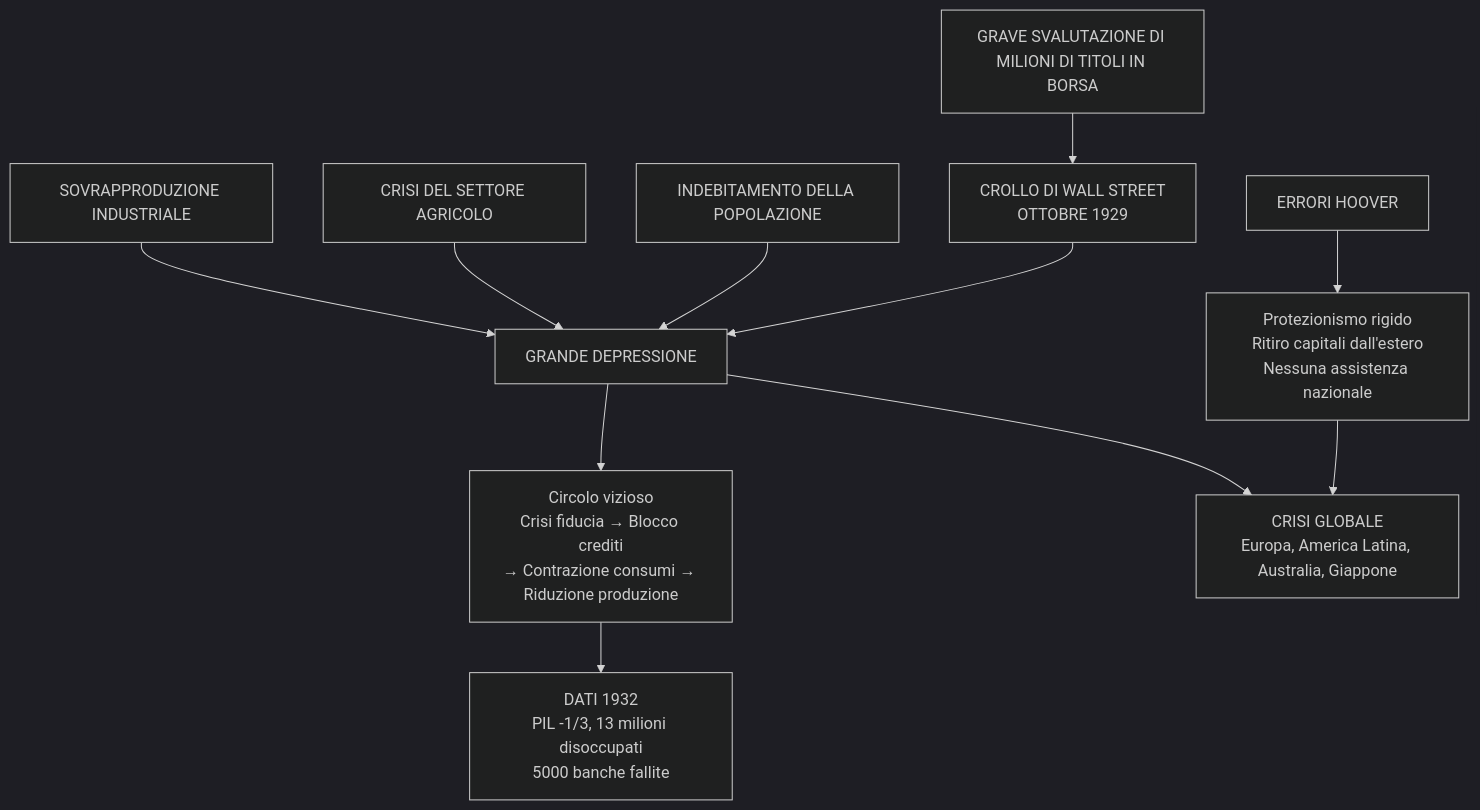
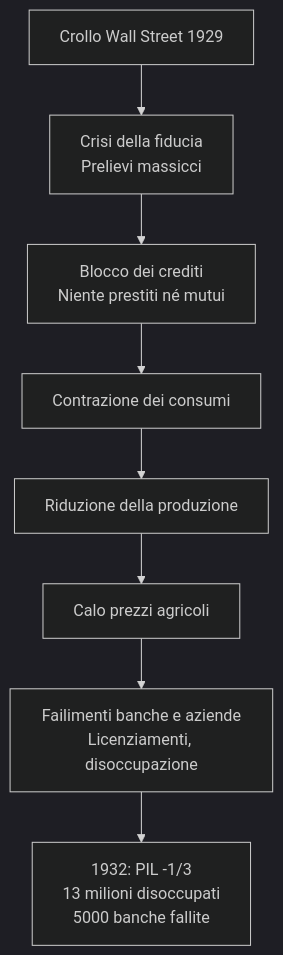
The tenth of 16 diagrams in storia/materiale/studio/capitolo_3.10_studio.md (riccardo-algorime/appunti-5Bsa), drawn with Mermaid (dark theme) before and after one commit. The commit also changed other lines of this file and 5 other files, not shown here.

````diff
--- a/storia/materiale/studio/capitolo_3.10_studio.md
+++ b/storia/materiale/studio/capitolo_3.10_studio.md
@@ -561,13 +332,10 @@
 ```mermaid
 flowchart TD
-    A[SOVRAPPRODUZIONE INDUSTRIALE] --> E[GRANDE DEPRESSIONE]
-    B[CRISI DEL SETTORE AGRICOLO] --> E
-    C[INDEBITAMENTO DELLA POPOLAZIONE] --> E
-    D[GRAVE SVALUTAZIONE DI MILIONI DI TITOLI IN BORSA] --> F[CROLLO DI WALL STREET<br/>OTTOBRE 1929]
-    F --> E
-    E --> G[Circolo vizioso<br/>Crisi fiducia → Blocco crediti<br/>→ Contrazione consumi → Riduzione produzione]
-    G --> H[DATI 1932<br/>PIL -1/3, 13 milioni disoccupati<br/>5000 banche fallite]
-    E --> I[CRISI GLOBALE<br/>Europa, America Latina, Australia, Giappone]
-    J[ERRORI HOOVER] --> K[Protezionismo rigido<br/>Ritiro capitali dall'estero<br/>Nessuna assistenza nazionale]
-    K --> I
+    A[Crollo Wall Street 1929] --> B[Crisi della fiducia<br/>Prelievi massicci]
+    B --> C[Blocco dei crediti<br/>Niente prestiti né mutui]
+    C --> D[Contrazione dei consumi]
+    D --> E[Riduzione della produzione]
+    E --> F[Calo prezzi agricoli]
+    F --> G[Failimenti banche e aziende<br/>Licenziamenti, disoccupazione]
+    G --> H[1932: PIL -1/3<br/>13 milioni disoccupati<br/>5000 banche fallite]
 ```
````
